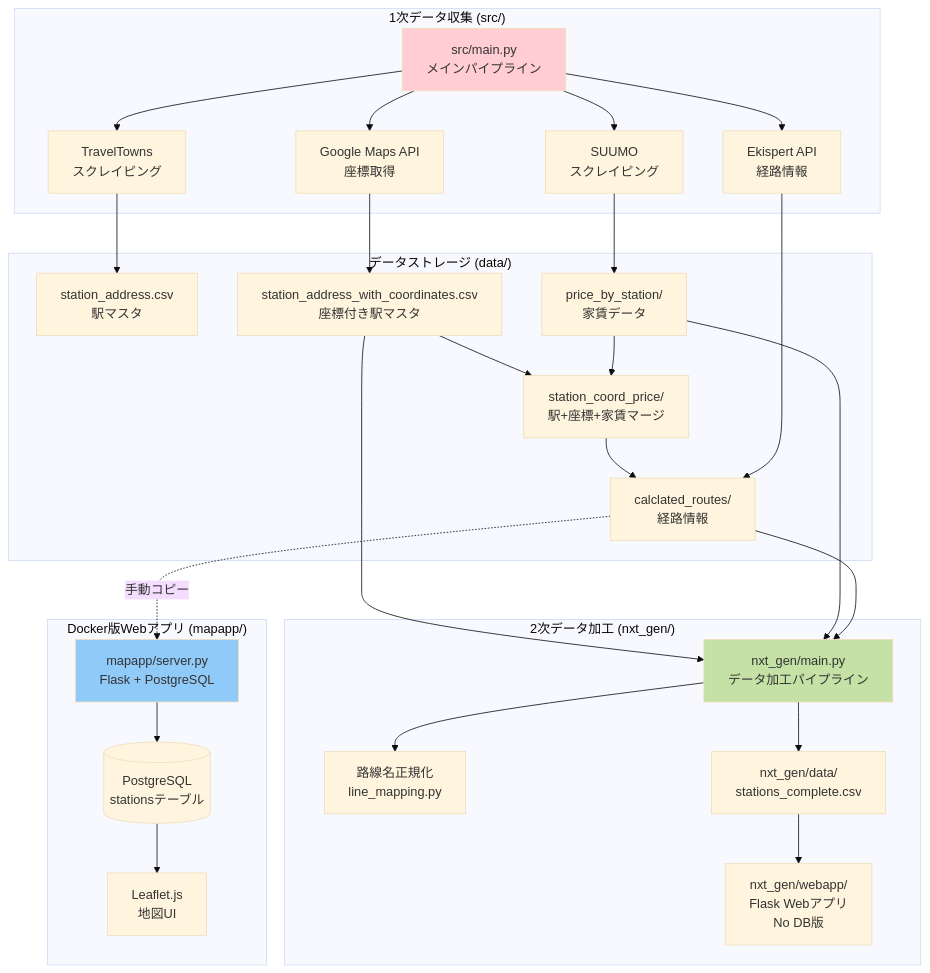
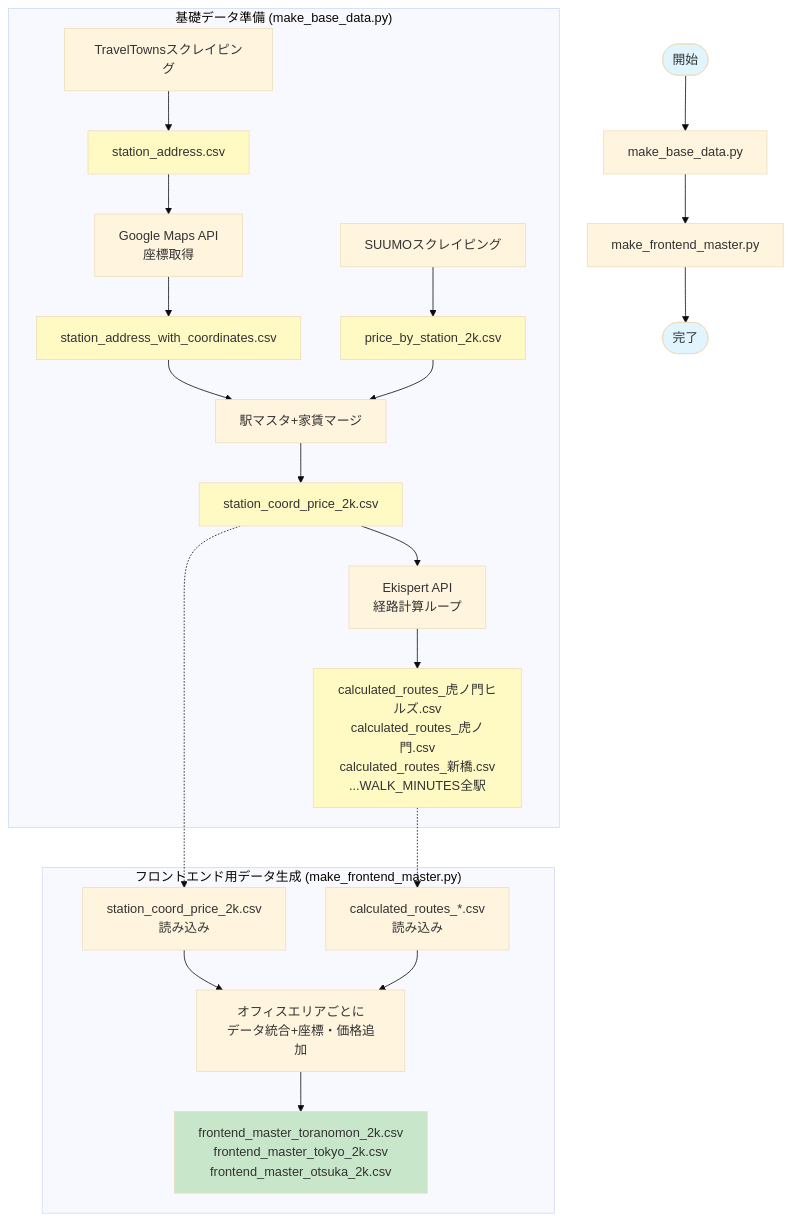
One commit to masa350z/stationscraper changed the first of 2 diagrams in PROJECT_OVERVIEW.md. Above: the diagram before and after it, drawn with Mermaid (base theme). The commit also changed other lines of this file and 42 other files, not shown here.

````diff
--- a/PROJECT_OVERVIEW.md
+++ b/PROJECT_OVERVIEW.md
@@ -19,60 +25,59 @@
 ```mermaid
-graph TB
-    subgraph "1次データ収集 (src/)"
-        SRC[src/main.py<br/>メインパイプライン]
-        SCRAPER1[TravelTowns<br/>スクレイピング]
-        SCRAPER2[SUUMO<br/>スクレイピング]
-        API1[Ekispert API<br/>経路情報]
-        API2[Google Maps API<br/>座標取得]
+flowchart TD
+    START([開始]) --> STEP1[make_base_data.py]
 
-        SRC --> SCRAPER1
-        SRC --> SCRAPER2
-        SRC --> API1
-        SRC --> API2
+    subgraph "基礎データ準備 (make_base_data.py)"
+        SCRAPE1[TravelTownsスクレイピング]
+        OUT1[station_address.csv]
+
+        GEOCODE[Google Maps API<br/>座標取得]
+        OUT2[station_address_with_coordinates.csv]
+
+        SCRAPE2[SUUMOスクレイピング]
+        OUT3[price_by_station_2k.csv]
+
+        MERGE[駅マスタ+家賃マージ]
+        OUT4[station_coord_price_2k.csv]
+
+        ROUTE[Ekispert API<br/>経路計算ループ]
+        OUT5[calculated_routes_虎ノ門ヒルズ.csv<br/>calculated_routes_虎ノ門.csv<br/>calculated_routes_新橋.csv<br/>...WALK_MINUTES全駅]
+
+        SCRAPE1 --> OUT1
+        OUT1 --> GEOCODE
+        GEOCODE --> OUT2
+        SCRAPE2 --> OUT3
+        OUT2 --> MERGE
+        OUT3 --> MERGE
+        MERGE --> OUT4
+        OUT4 --> ROUTE
+        ROUTE --> OUT5
     end
 
-    subgraph "データストレージ (data/)"
-        D1[station_address.csv<br/>駅マスタ]
-        D2[price_by_station/<br/>家賃データ]
-        D3[station_coord_price/<br/>駅+座標+家賃マージ]
-        D4[calclated_routes/<br/>経路情報]
-        D5[station_address_with_coordinates.csv<br/>座標付き駅マスタ]
+    STEP1 --> STEP2[make_frontend_master.py]
 
-        SCRAPER1 --> D1
-        SCRAPER2 --> D2
-        API2 --> D5
-        D5 --> D3
-        D2 --> D3
-        D3 --> D4
-        API1 --> D4
+    subgraph "フロントエンド用データ生成 (make_frontend_master.py)"
+        LOAD1[station_coord_price_2k.csv<br/>読み込み]
+        LOAD2[calculated_routes_*.csv<br/>読み込み]
+
+        COMBINE[オフィスエリアごとに<br/>データ統合+座標・価格追加]
+
+        OUT6[frontend_master_toranomon_2k.csv<br/>frontend_master_tokyo_2k.csv<br/>frontend_master_otsuka_2k.csv]
+
+        OUT4 -.-> LOAD1
+        OUT5 -.-> LOAD2
+        LOAD1 --> COMBINE
+        LOAD2 --> COMBINE
+        COMBINE --> OUT6
     end
 
-    subgraph "2次データ加工 (nxt_gen/)"
-        NXT[nxt_gen/main.py<br/>データ加工パイプライン]
-        NXT_NORM[路線名正規化<br/>line_mapping.py]
-        NXT_OUT[nxt_gen/data/<br/>stations_complete.csv]
-        NXT_WEB[nxt_gen/webapp/<br/>Flask Webアプリ<br/>No DB版]
+    STEP2 --> END([完了])
 
-        D5 --> NXT
-        D2 --> NXT
-        D4 --> NXT
-        NXT --> NXT_NORM
-        NXT --> NXT_OUT
-        NXT_OUT --> NXT_WEB
-    end
-
-    subgraph "Docker版Webアプリ (mapapp/)"
-        MAP_WEB[mapapp/server.py<br/>Flask + PostgreSQL]
-        MAP_DB[(PostgreSQL<br/>stationsテーブル)]
-        MAP_FRONT[Leaflet.js<br/>地図UI]
-
-        D4 -.手動コピー.-> MAP_WEB
-        MAP_WEB --> MAP_DB
-        MAP_DB --> MAP_FRONT
-    end
-
-    %% スタイル
-    style SRC fill:#ffcdd2
-    style NXT fill:#c5e1a5
-    style MAP_WEB fill:#90caf9
+    style OUT1 fill:#fff9c4
+    style OUT2 fill:#fff9c4
+    style OUT3 fill:#fff9c4
+    style OUT4 fill:#fff9c4
+    style OUT5 fill:#fff9c4
+    style OUT6 fill:#c8e6c9
+    style START fill:#e1f5fe
+    style END fill:#e1f5fe
 ```
````
